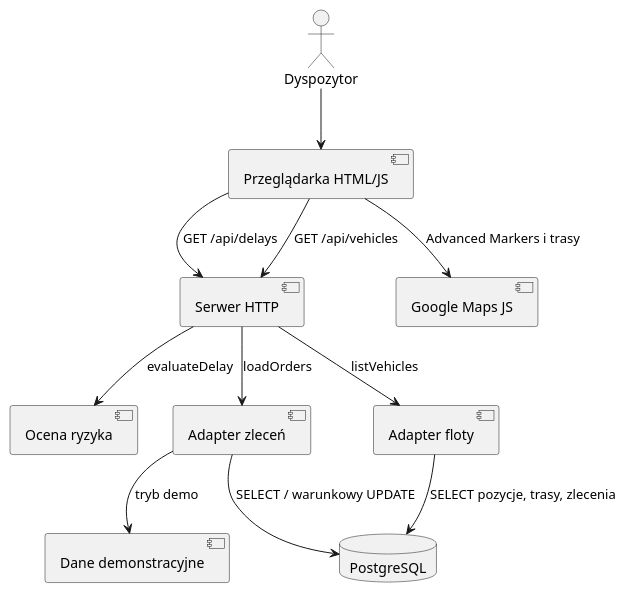
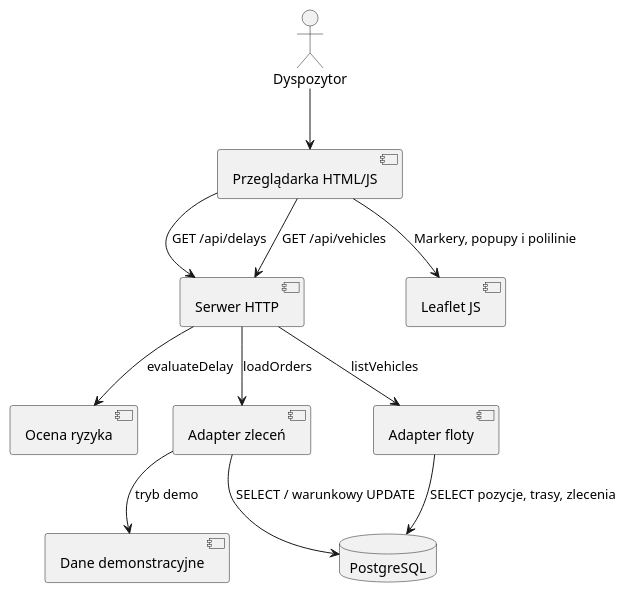
One commit to nossixd/5f-outpost changed the first of 8 diagrams in docs/architektura.md. Above: the diagram before and after it, drawn with PlantUML. The commit also changed other lines of this file and 21 other files, not shown here.

Commit message:
Integracja monitorowania tras, Leaflet i migracja ERD

````diff
--- a/docs/architektura.md
+++ b/docs/architektura.md
@@ -50,23 +47,23 @@
 ```plantuml
 @startuml
 actor Dyspozytor
 component "Przeglądarka HTML/JS" as UI
 component "Serwer HTTP" as API
 component "Ocena ryzyka" as Risk
 component "Adapter zleceń" as Adapter
 component "Adapter floty" as Fleet
-component "Google Maps JS" as Maps
+component "Leaflet JS" as Maps
 database "PostgreSQL" as DB
 component "Dane demonstracyjne" as Demo
 Dyspozytor --> UI
 UI --> API : GET /api/delays
 API --> Risk : evaluateDelay
 API --> Adapter : loadOrders
 Adapter --> DB : SELECT / warunkowy UPDATE
 Adapter --> Demo : tryb demo
 UI --> API : GET /api/vehicles
 API --> Fleet : listVehicles
 Fleet --> DB : SELECT pozycje, trasy, zlecenia
-UI --> Maps : Advanced Markers i trasy
+UI --> Maps : Markery, popupy i polilinie
 @enduml
 ```
````
